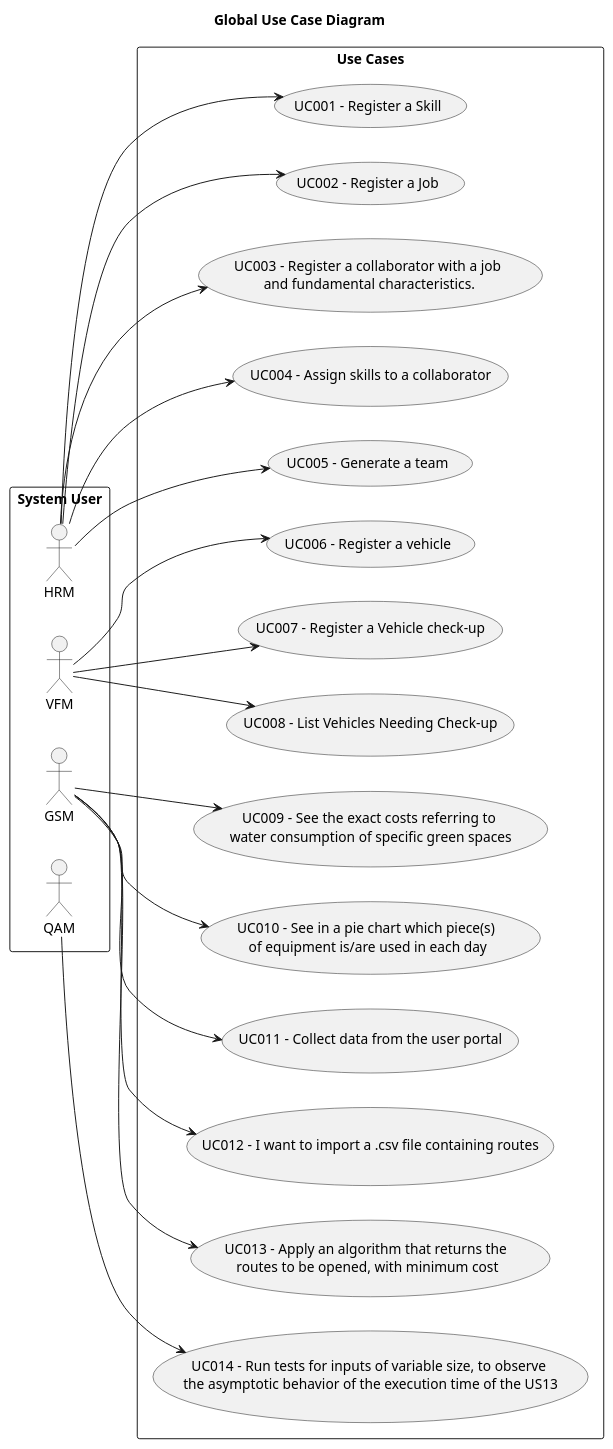
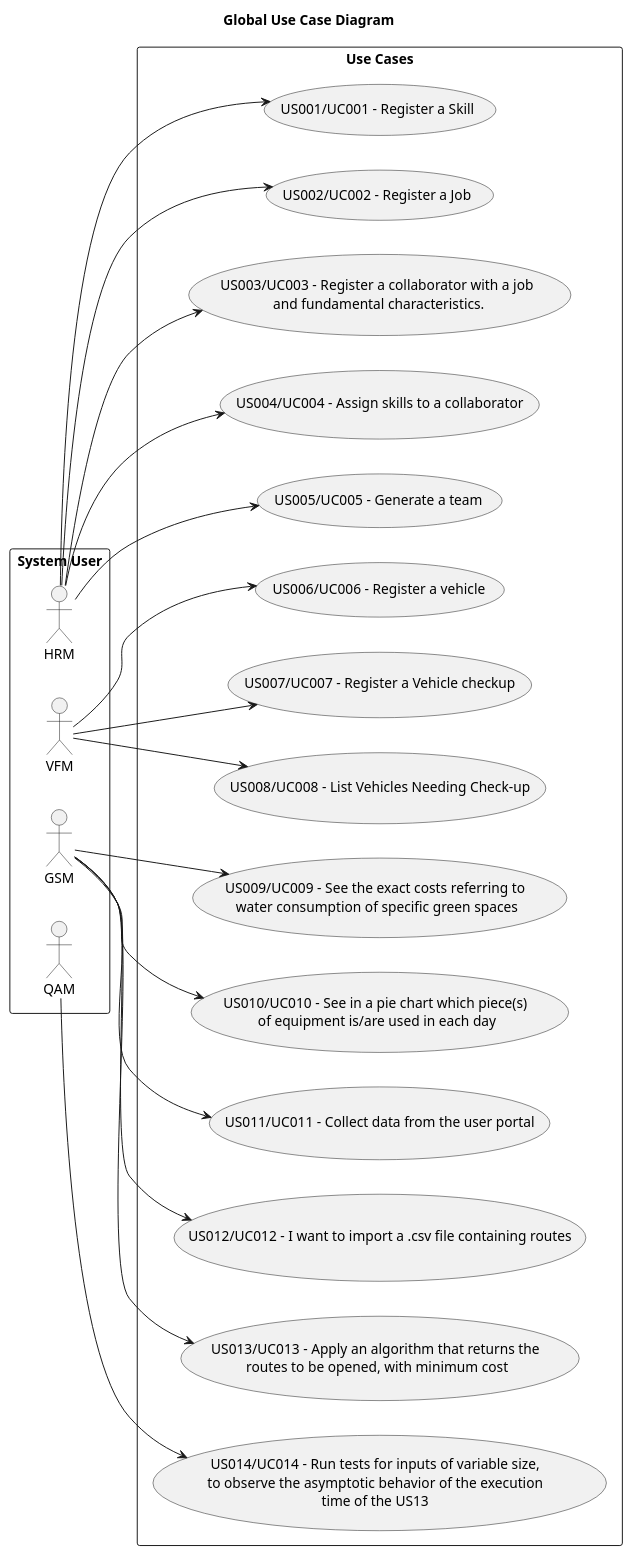
One commit to ricardomm7/leaflink changed the diagram in docs/sprintB/global-artifacts/01.requirements-engineering/puml/use-case-diagram.puml. Above: the diagram before and after it, drawn with PlantUML. The commit also changed 13 other files, not shown here.

```diff
--- a/docs/sprintB/global-artifacts/01.requirements-engineering/puml/use-case-diagram.puml
+++ b/docs/sprintB/global-artifacts/01.requirements-engineering/puml/use-case-diagram.puml
@@ -1,82 +1,82 @@
 @startuml
 skinparam monochrome true
 skinparam packageStyle rectangle
 skinparam shadowing false
 
 title Global Use Case Diagram
 
 left to right direction
 
 rectangle "System User" as actors {
     actor HRM
     actor VFM
     actor GSM
     actor QAM
 }
 
 rectangle "Use Cases" as usecases{
-    usecase "UC001 - Register a Skill" as UC001
+    usecase "US001/UC001 - Register a Skill" as UC001
     HRM --> UC001
 }
 
 rectangle "Use Cases" as usecases{
-    usecase "UC002 - Register a Job" as UC002
+    usecase "US002/UC002 - Register a Job" as UC002
     HRM --> UC002
 }
 
 rectangle "Use Cases" as usecases{
-    usecase "UC003 - Register a collaborator with a job\n and fundamental characteristics." as UC003
+    usecase "US003/UC003 - Register a collaborator with a job\n and fundamental characteristics." as UC003
     HRM --> UC003
 }
 
 rectangle "Use Cases" as usecases{
-    usecase "UC004 - Assign skills to a collaborator" as UC004
+    usecase "US004/UC004 - Assign skills to a collaborator" as UC004
     HRM --> UC004
 }
 
 rectangle "Use Cases" as usecases{
-    usecase "UC005 - Generate a team" as UC005
+    usecase "US005/UC005 - Generate a team" as UC005
     HRM --> UC005
 }
 
 rectangle "Use Cases" as usecases{
-    usecase "UC006 - Register a vehicle" as UC006
+    usecase "US006/UC006 - Register a vehicle" as UC006
     VFM --> UC006
 }
 
 rectangle "Use Cases" as usecases{
-    usecase "UC007 - Register a Vehicle check-up" as UC007
+    usecase "US007/UC007 - Register a Vehicle checkup" as UC007
     VFM --> UC007
 }
 
 rectangle "Use Cases" as usecases{
-    usecase "UC008 - List Vehicles Needing Check-up" as UC008
+    usecase "US008/UC008 - List Vehicles Needing Check-up" as UC008
     VFM --> UC008
 }
 
 rectangle "Use Cases" as usecases{
-    usecase "UC009 - See the exact costs referring to \nwater consumption of specific green spaces" as UC009
+    usecase "US009/UC009 - See the exact costs referring to \nwater consumption of specific green spaces" as UC009
     GSM --> UC009
 }
 
 rectangle "Use Cases" as usecases{
-    usecase "UC010 - See in a pie chart which piece(s) \nof equipment is/are used in each day" as UC010
+    usecase "US010/UC010 - See in a pie chart which piece(s) \nof equipment is/are used in each day" as UC010
     GSM --> UC010
 }
 rectangle "Use Cases" as usecases{
-    usecase "UC011 - Collect data from the user portal" as UC011
+    usecase "US011/UC011 - Collect data from the user portal" as UC011
     GSM --> UC011
 }
 rectangle "Use Cases" as usecases{
-    usecase "UC012 - I want to import a .csv file containing routes" as UC012
+    usecase "US012/UC012 - I want to import a .csv file containing routes" as UC012
     GSM --> UC012
 }
 rectangle "Use Cases" as usecases{
-    usecase "UC013 - Apply an algorithm that returns the \nroutes to be opened, with minimum cost" as UC013
+    usecase "US013/UC013 - Apply an algorithm that returns the \nroutes to be opened, with minimum cost" as UC013
     GSM --> UC013
 }
 rectangle "Use Cases" as usecases{
-    usecase "UC014 - Run tests for inputs of variable size, to observe \nthe asymptotic behavior of the execution time of the US13" as UC014
+    usecase "US014/UC014 - Run tests for inputs of variable size,\nto observe the asymptotic behavior of the execution\ntime of the US13" as UC014
     QAM --> UC014
 }
 @enduml
```
